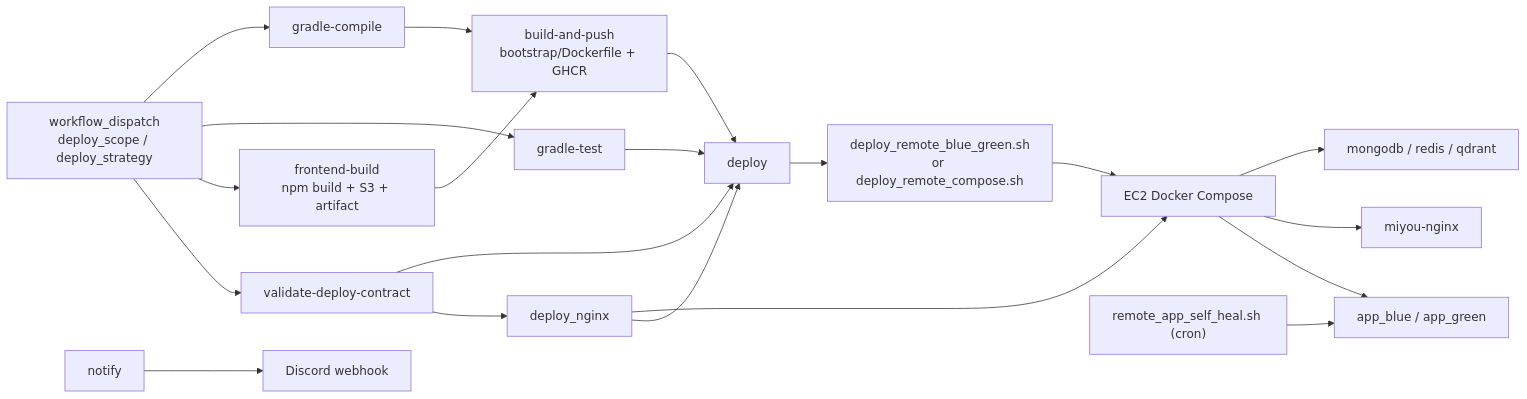
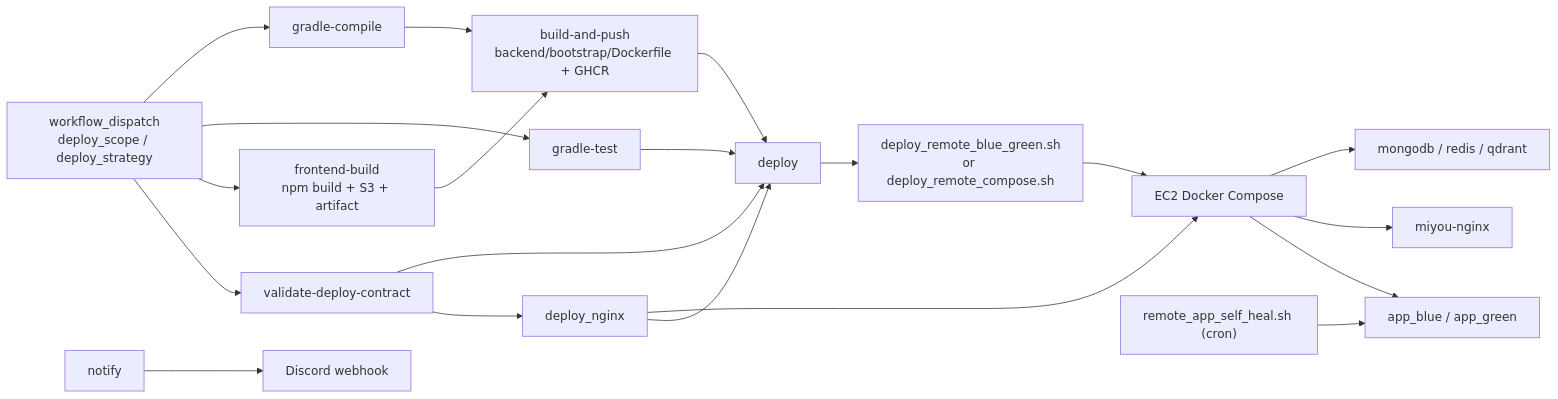
Before and after one commit to ImGdevel/MIYOU_ai-voice-chat: the first of 2 diagrams in docs/spec/tech/nginx-cicd-deploy/README.md, drawn with Mermaid. The commit also changed 399 other files, not shown here.

First line of the commit message:
♻️ refactor(build): 8개 Gradle 모듈을 backend/ 하위로 통합

````diff
--- a/docs/spec/tech/nginx-cicd-deploy/README.md
+++ b/docs/spec/tech/nginx-cicd-deploy/README.md
@@ -37,22 +37,22 @@
 ```mermaid
 flowchart LR
   A["workflow_dispatch<br/>deploy_scope / deploy_strategy"] --> B["validate-deploy-contract"]
   A --> C["frontend-build<br/>npm build + S3 + artifact"]
   A --> D["gradle-test"]
   A --> E["gradle-compile"]
   B --> F["deploy_nginx"]
-  C --> G["build-and-push<br/>bootstrap/Dockerfile + GHCR"]
+  C --> G["build-and-push<br/>backend/bootstrap/Dockerfile + GHCR"]
   E --> G
   D --> H["deploy"]
   B --> H
   F --> H
   G --> H
   H --> I["deploy_remote_blue_green.sh<br/>or deploy_remote_compose.sh"]
   I --> J["EC2 Docker Compose"]
   F --> J
   J --> K["app_blue / app_green"]
   J --> L["miyou-nginx"]
   J --> M["mongodb / redis / qdrant"]
   N["remote_app_self_heal.sh (cron)"] --> K
   O["notify"] --> P["Discord webhook"]
 ```
````
